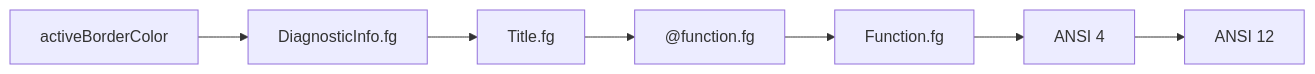
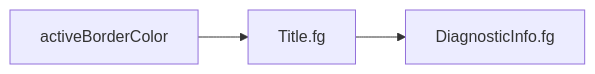
The seventh of 7 diagrams in docs/color-model.md (MiguelR90/colorsync.nvim), drawn with Mermaid before and after one commit. The commit also changed other lines of this file and 2 other files, not shown here.

````diff
--- a/docs/color-model.md
+++ b/docs/color-model.md
@@ -218,12 +217,8 @@
 ```mermaid
 flowchart LR
     target["activeBorderColor"]
+    title["Title.fg"]
     info["DiagnosticInfo.fg"]
-    title["Title.fg"]
-    tsFunction["@function.fg"]
-    functionGroup["Function.fg"]
-    ansiBlue["ANSI 4"]
-    ansiBrightBlue["ANSI 12"]
 
-    target --> info --> title --> tsFunction --> functionGroup --> ansiBlue --> ansiBrightBlue
+    target --> title --> info
 ```
````
